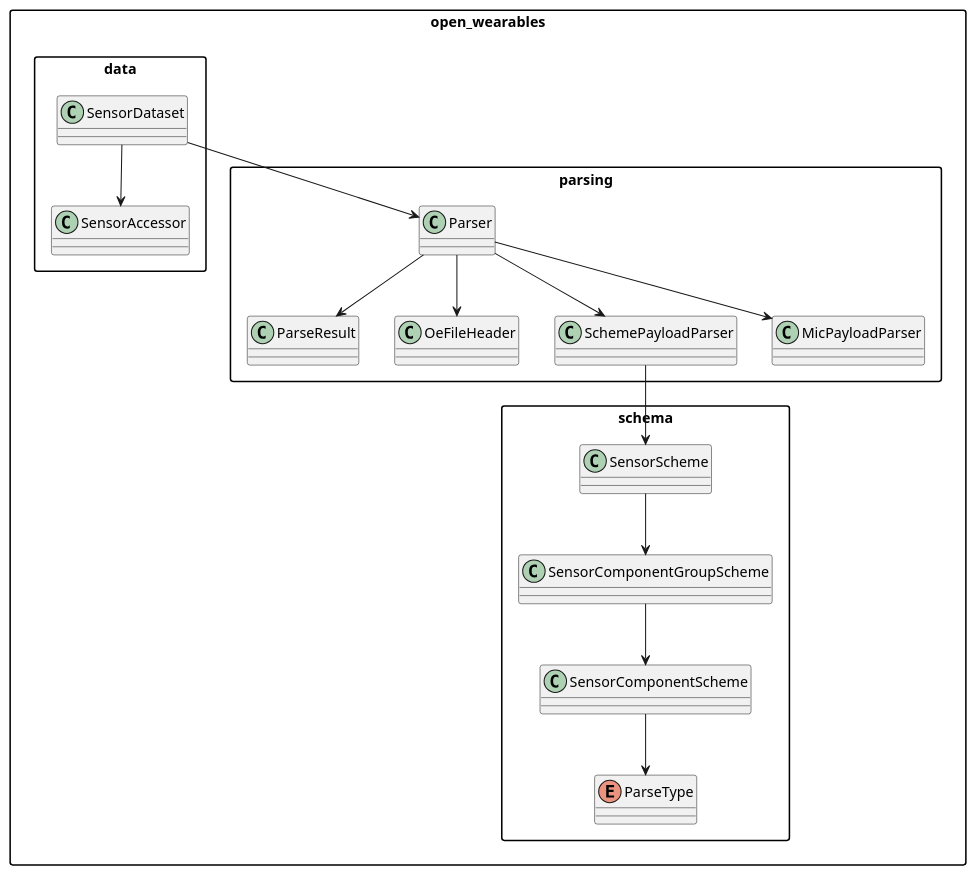
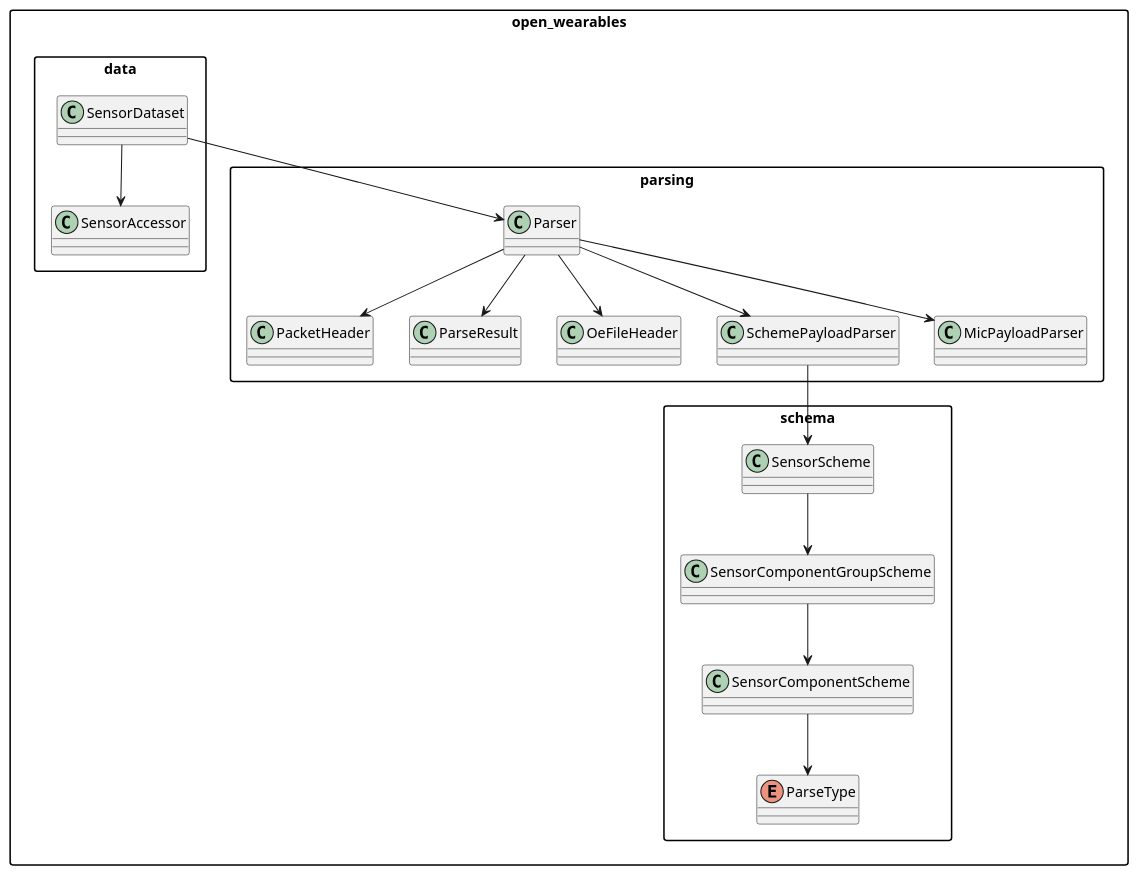
Before and after one commit to OpenEarable/open-earable-python: the first of 4 diagrams in docs/parser-internals.md, drawn with PlantUML. The commit also changed other lines of this file and 4 other files, not shown here.

````diff
--- a/docs/parser-internals.md
+++ b/docs/parser-internals.md
@@ -25,36 +25,38 @@
 ```plantuml
 @startuml
 skinparam packageStyle rectangle
 
 package "open_wearables.data" {
   class SensorDataset
   class SensorAccessor
 }
 
 package "open_wearables.parsing" {
   class Parser
+  class PacketHeader
   class ParseResult
   class OeFileHeader
   class SchemePayloadParser
   class MicPayloadParser
 }
 
 package "open_wearables.schema" {
   class SensorScheme
   class SensorComponentGroupScheme
   class SensorComponentScheme
   enum ParseType
 }
 
 SensorDataset --> Parser
 SensorDataset --> SensorAccessor
 Parser --> ParseResult
+Parser --> PacketHeader
 Parser --> OeFileHeader
 Parser --> SchemePayloadParser
 Parser --> MicPayloadParser
 SchemePayloadParser --> SensorScheme
 SensorScheme --> SensorComponentGroupScheme
 SensorComponentGroupScheme --> SensorComponentScheme
 SensorComponentScheme --> ParseType
 @enduml
 ```
````
